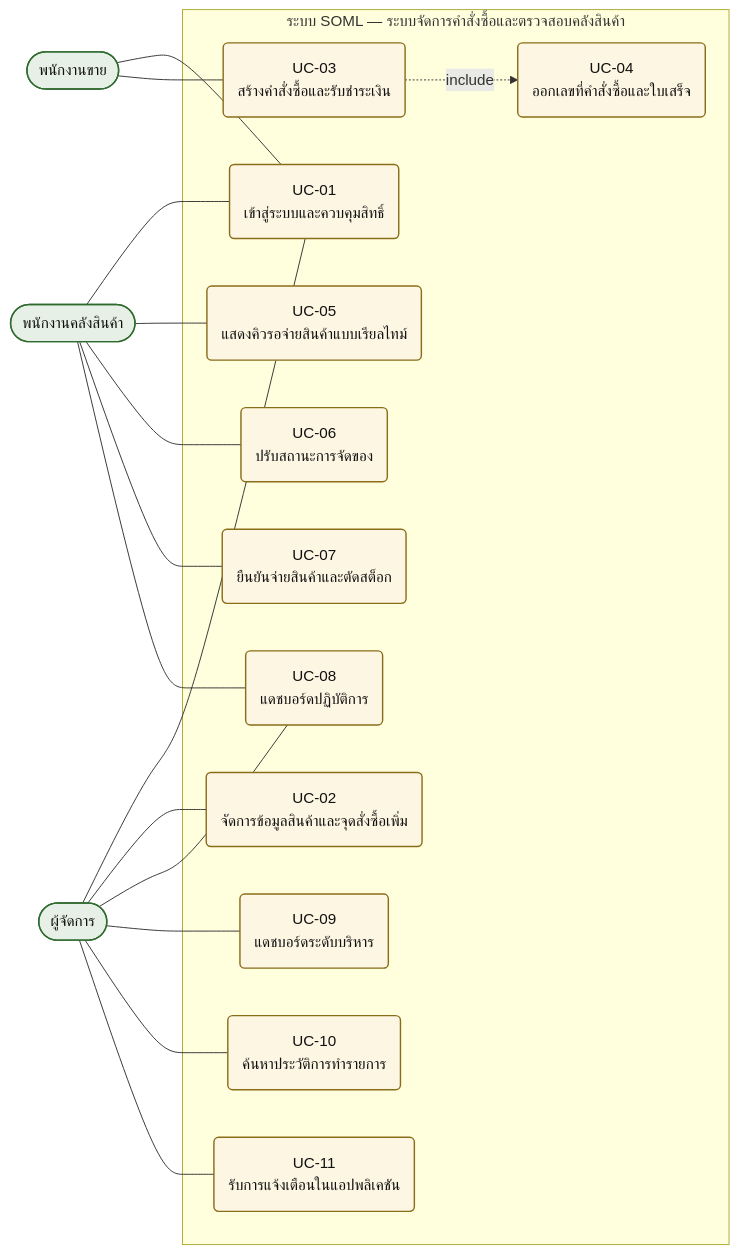
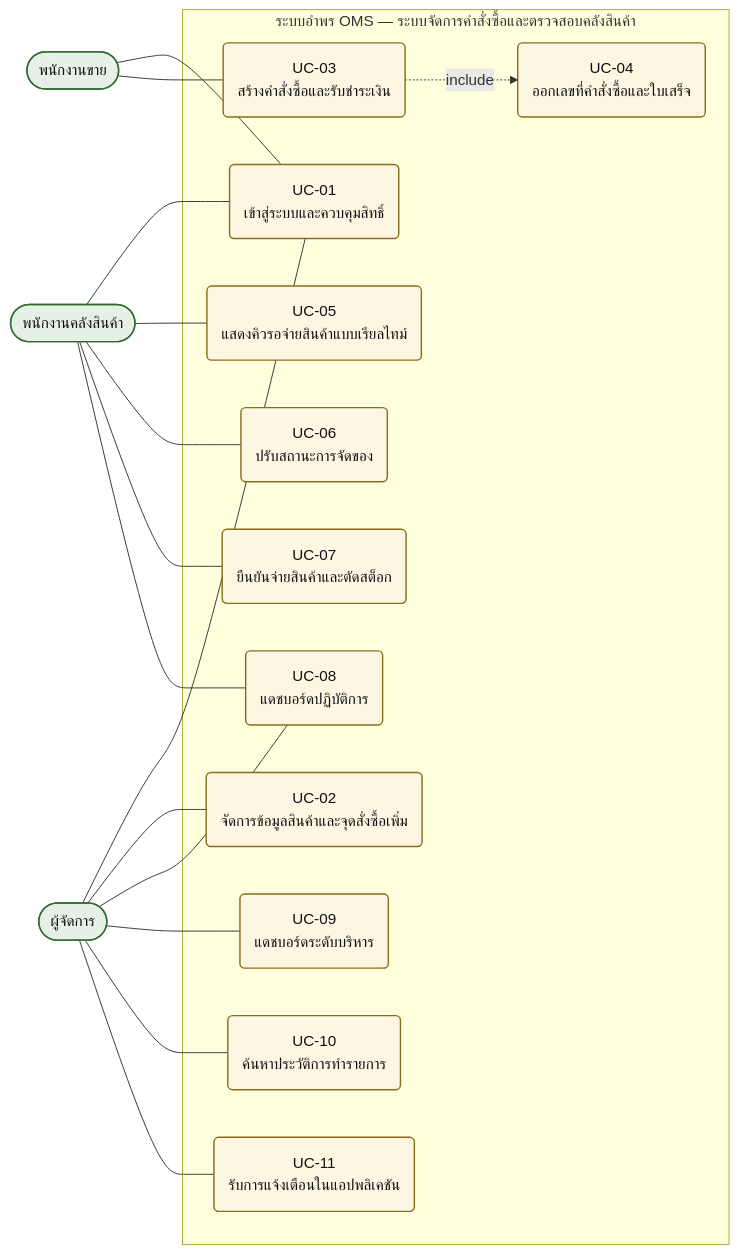
One commit to TriratWongsit/soml-pos-inventory changed the diagram in Documents/assets/diagrams/fig-srs-usecase-all.mmd. Above: the diagram before and after it, drawn with Mermaid. The commit also changed 861 other files, not shown here.

```diff
--- a/Documents/assets/diagrams/fig-srs-usecase-all.mmd
+++ b/Documents/assets/diagrams/fig-srs-usecase-all.mmd
@@ -1,35 +1,35 @@
 flowchart LR
     SALES(["พนักงานขาย"])
     WH(["พนักงานคลังสินค้า"])
     MGR(["ผู้จัดการ"])
-    subgraph SYS["ระบบ SOML — ระบบจัดการคำสั่งซื้อและตรวจสอบคลังสินค้า"]
+    subgraph SYS["ระบบอำพร OMS — ระบบจัดการคำสั่งซื้อและตรวจสอบคลังสินค้า"]
         UC1("UC-01<br/>เข้าสู่ระบบและควบคุมสิทธิ์")
         UC2("UC-02<br/>จัดการข้อมูลสินค้าและจุดสั่งซื้อเพิ่ม")
         UC3("UC-03<br/>สร้างคำสั่งซื้อและรับชำระเงิน")
         UC4("UC-04<br/>ออกเลขที่คำสั่งซื้อและใบเสร็จ")
         UC5("UC-05<br/>แสดงคิวรอจ่ายสินค้าแบบเรียลไทม์")
         UC6("UC-06<br/>ปรับสถานะการจัดของ")
         UC7("UC-07<br/>ยืนยันจ่ายสินค้าและตัดสต็อก")
         UC8("UC-08<br/>แดชบอร์ดปฏิบัติการ")
         UC9("UC-09<br/>แดชบอร์ดระดับบริหาร")
         UC10("UC-10<br/>ค้นหาประวัติการทำรายการ")
         UC11("UC-11<br/>รับการแจ้งเตือนในแอปพลิเคชัน")
     end
     SALES --- UC1
     WH --- UC1
     MGR --- UC1
     MGR --- UC2
     SALES --- UC3
     UC3 -. include .-> UC4
     WH --- UC5
     WH --- UC6
     WH --- UC7
     WH --- UC8
     MGR --- UC8
     MGR --- UC9
     MGR --- UC10
     MGR --- UC11
     classDef actor fill:#e6f0e6,stroke:#2f6b2f,stroke-width:1.5px,color:#111
     classDef uc fill:#fdf6e3,stroke:#8a6d1a,stroke-width:1.5px,color:#111
     class SALES,WH,MGR actor
     class UC1,UC2,UC3,UC4,UC5,UC6,UC7,UC8,UC9,UC10,UC11 uc
```
